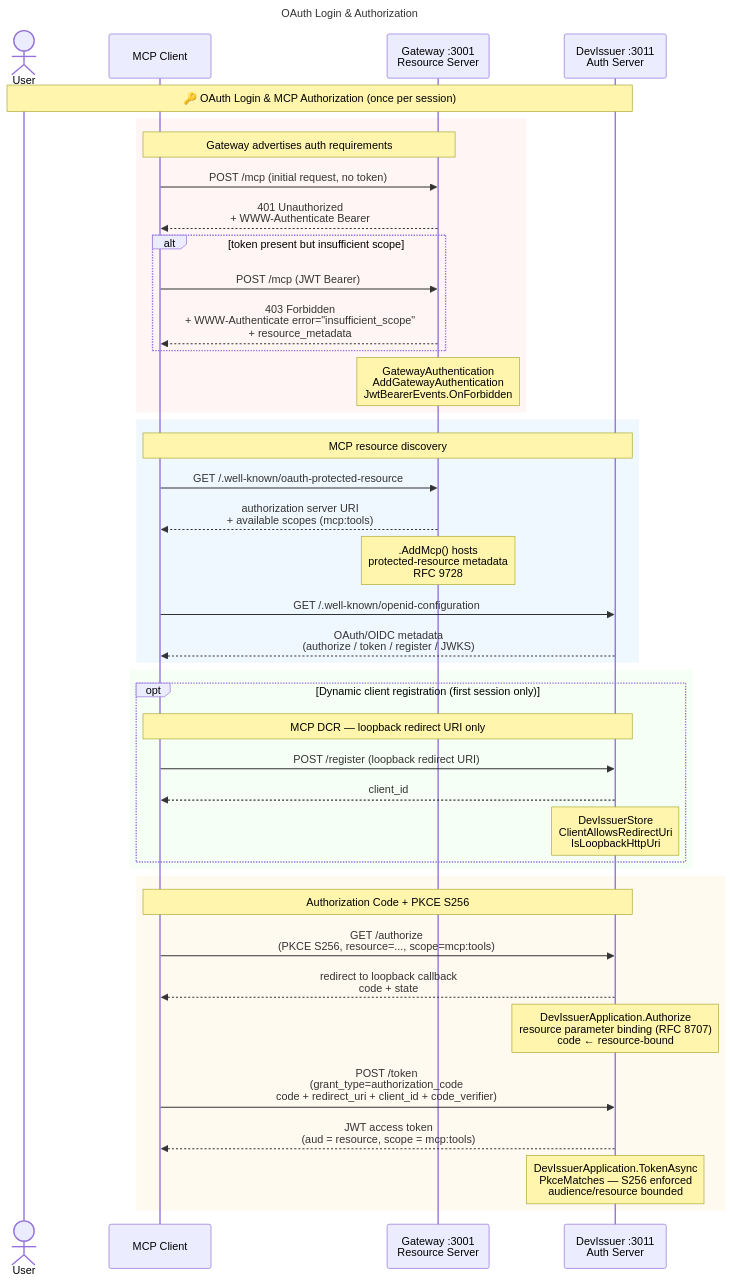
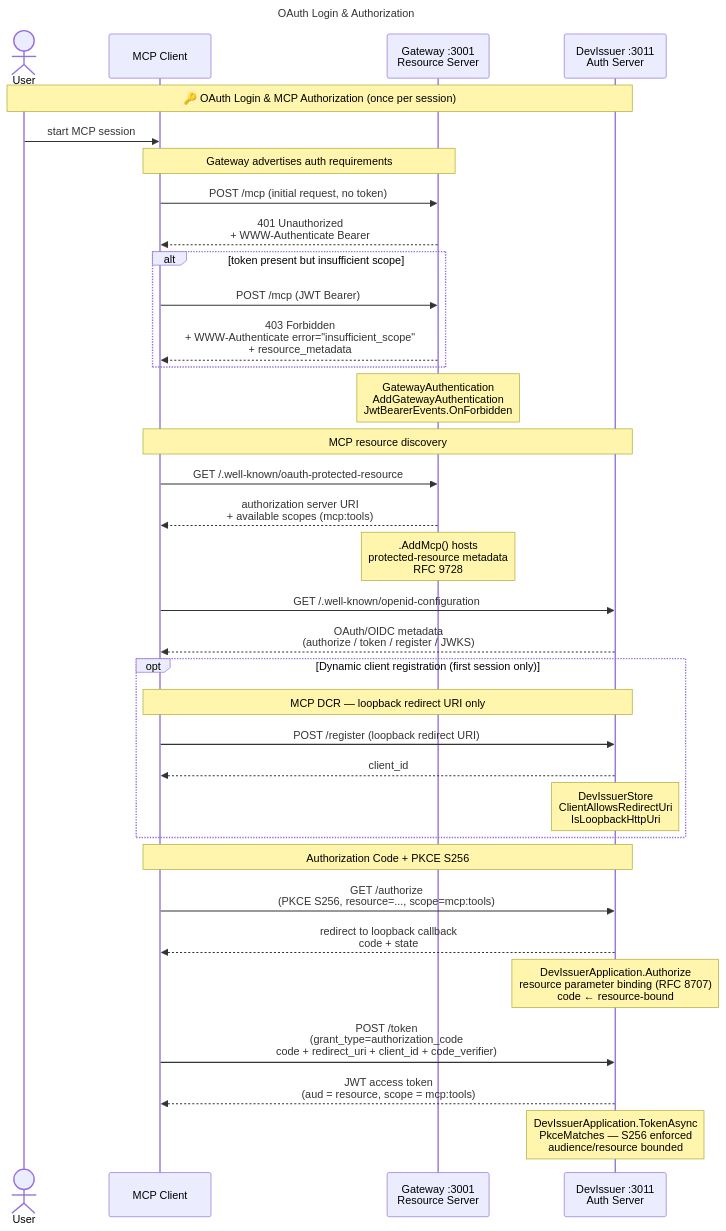
The first of 3 diagrams in docs/full-architecture-diagram.md (mirusser/Kubernetes-MCP-Guard), drawn with Mermaid before and after one commit. The commit also changed other lines of this file and 4 other files, not shown here.

````diff
--- a/docs/full-architecture-diagram.md
+++ b/docs/full-architecture-diagram.md
@@ -9,51 +9,45 @@
 ```mermaid
 ---
 title: OAuth Login & Authorization
 ---
 sequenceDiagram
     actor User
     participant Client as MCP Client
     participant GW as Gateway :3001<br/>Resource Server
     participant Issuer as DevIssuer :3011<br/>Auth Server
 
     Note over User,Issuer: 🔑 OAuth Login & MCP Authorization (once per session)
 
-    rect rgb(255, 245, 245)
-        Note over Client,GW: Gateway advertises auth requirements
-        Client->>GW: POST /mcp (initial request, no token)
-        GW-->>Client: 401 Unauthorized<br/>+ WWW-Authenticate Bearer
-        alt token present but insufficient scope
-            Client->>GW: POST /mcp (JWT Bearer)
-            GW-->>Client: 403 Forbidden<br/>+ WWW-Authenticate error="insufficient_scope"<br/>+ resource_metadata
-        end
-        Note over GW: GatewayAuthentication<br/>AddGatewayAuthentication<br/>JwtBearerEvents.OnForbidden
+    User->>Client: start MCP session
+
+    Note over Client,GW: Gateway advertises auth requirements
+    Client->>GW: POST /mcp (initial request, no token)
+    GW-->>Client: 401 Unauthorized<br/>+ WWW-Authenticate Bearer
+    alt token present but insufficient scope
+        Client->>GW: POST /mcp (JWT Bearer)
+        GW-->>Client: 403 Forbidden<br/>+ WWW-Authenticate error="insufficient_scope"<br/>+ resource_metadata
+    end
+    Note over GW: GatewayAuthentication<br/>AddGatewayAuthentication<br/>JwtBearerEvents.OnForbidden
+
+    Note over Client,Issuer: MCP resource discovery
+    Client->>GW: GET /.well-known/oauth-protected-resource
+    GW-->>Client: authorization server URI<br/>+ available scopes (mcp:tools)
+    Note over GW: .AddMcp() hosts<br/>protected-resource metadata<br/>RFC 9728
+    Client->>Issuer: GET /.well-known/openid-configuration
+    Issuer-->>Client: OAuth/OIDC metadata<br/>(authorize / token / register / JWKS)
+
+    opt Dynamic client registration (first session only)
+        Note over Client,Issuer: MCP DCR — loopback redirect URI only
+        Client->>Issuer: POST /register (loopback redirect URI)
+        Issuer-->>Client: client_id
+        Note over Issuer: DevIssuerStore<br/>ClientAllowsRedirectUri<br/>IsLoopbackHttpUri
     end
 
-    rect rgb(240, 248, 255)
-        Note over Client,Issuer: MCP resource discovery
-        Client->>GW: GET /.well-known/oauth-protected-resource
-        GW-->>Client: authorization server URI<br/>+ available scopes (mcp:tools)
-        Note over GW: .AddMcp() hosts<br/>protected-resource metadata<br/>RFC 9728
-        Client->>Issuer: GET /.well-known/openid-configuration
-        Issuer-->>Client: OAuth/OIDC metadata<br/>(authorize / token / register / JWKS)
-    end
-
-    rect rgb(245, 255, 245)
-        opt Dynamic client registration (first session only)
-            Note over Client,Issuer: MCP DCR — loopback redirect URI only
-            Client->>Issuer: POST /register (loopback redirect URI)
-            Issuer-->>Client: client_id
-            Note over Issuer: DevIssuerStore<br/>ClientAllowsRedirectUri<br/>IsLoopbackHttpUri
-        end
-    end
-
-    rect rgb(255, 250, 240)
-        Note over Client,Issuer: Authorization Code + PKCE S256
-        Client->>Issuer: GET /authorize<br/>(PKCE S256, resource=..., scope=mcp:tools)
-        Issuer-->>Client: redirect to loopback callback<br/>code + state
-        Note over Issuer: DevIssuerApplication.Authorize<br/>resource parameter binding (RFC 8707)<br/>code ← resource-bound
-        Client->>Issuer: POST /token<br/>(grant_type=authorization_code<br/>code + redirect_uri + client_id + code_verifier)
-        Issuer-->>Client: JWT access token<br/>(aud = resource, scope = mcp:tools)
-        Note over Issuer: DevIssuerApplication.TokenAsync<br/>PkceMatches — S256 enforced<br/>audience/resource bounded
-    end
+    Note over Client,Issuer: Authorization Code + PKCE S256
+    Client->>Issuer: GET /authorize<br/>(PKCE S256, resource=..., scope=mcp:tools)
+    Issuer-->>Client: redirect to loopback callback<br/>code + state
+    Note over Issuer: DevIssuerApplication.Authorize<br/>resource parameter binding (RFC 8707)<br/>code ← resource-bound
+    Client->>Issuer: POST /token<br/>(grant_type=authorization_code<br/>code + redirect_uri + client_id + code_verifier)
+    Issuer-->>Client: JWT access token<br/>(aud = resource, scope = mcp:tools)
+    Note over Issuer: DevIssuerApplication.TokenAsync<br/>PkceMatches — S256 enforced<br/>audience/resource bounded
 ```
````
